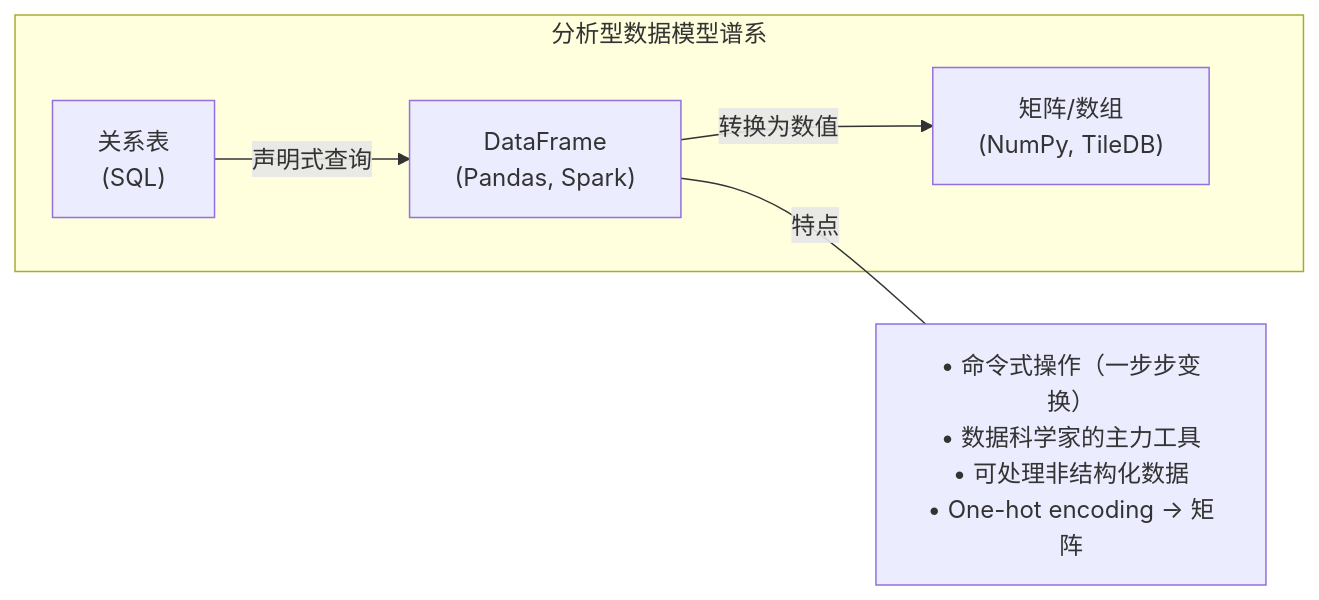
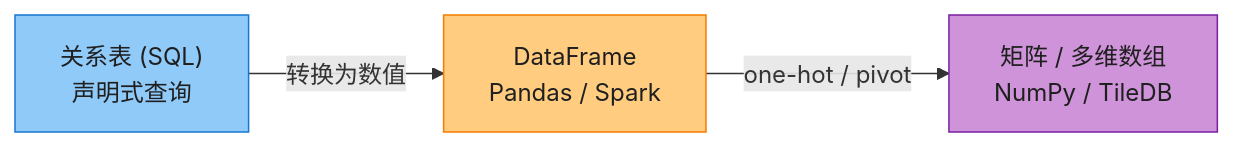
Before and after one commit to socoo123/ddia_2nd: diagram 13 of 16 in ch03-数据模型与查询语言.md, drawn with Mermaid. The commit also changed other lines of this file and 8 other files, not shown here.

First line of the commit message:
重写 ch01-ch09 读书笔记：风格统一 + 内容扩充 + 大量图表

````diff
--- a/ch03-数据模型与查询语言.md
+++ b/ch03-数据模型与查询语言.md
@@ -411,13 +664,13 @@
 ```mermaid
-graph LR
-    subgraph DataModels["分析型数据模型谱系"]
-        SQL_T["关系表<br/>(SQL)"]
-        DF_T["DataFrame<br/>(Pandas, Spark)"]
-        MAT["矩阵/数组<br/>(NumPy, TileDB)"]
-    end
+flowchart LR
+    REL["关系表 (SQL)<br/>声明式查询"]
+    DF["DataFrame<br/>Pandas / Spark"]
+    MAT["矩阵 / 多维数组<br/>NumPy / TileDB"]
 
-    SQL_T -->|"声明式查询"| DF_T
-    DF_T -->|"转换为数值"| MAT
+    REL -->|"转换为数值"| DF
+    DF -->|"one-hot / pivot"| MAT
 
-    DF_T ---|"特点"| DF_DESC["• 命令式操作（一步步变换）<br/>• 数据科学家的主力工具<br/>• 可处理非结构化数据<br/>• One-hot encoding → 矩阵"]
+    style REL fill:#90CAF9,stroke:#1976D2,color:#1f1f1f
+    style DF fill:#FFCC80,stroke:#F57C00,color:#1f1f1f
+    style MAT fill:#CE93D8,stroke:#7B1FA2,color:#1f1f1f
 ```
````
